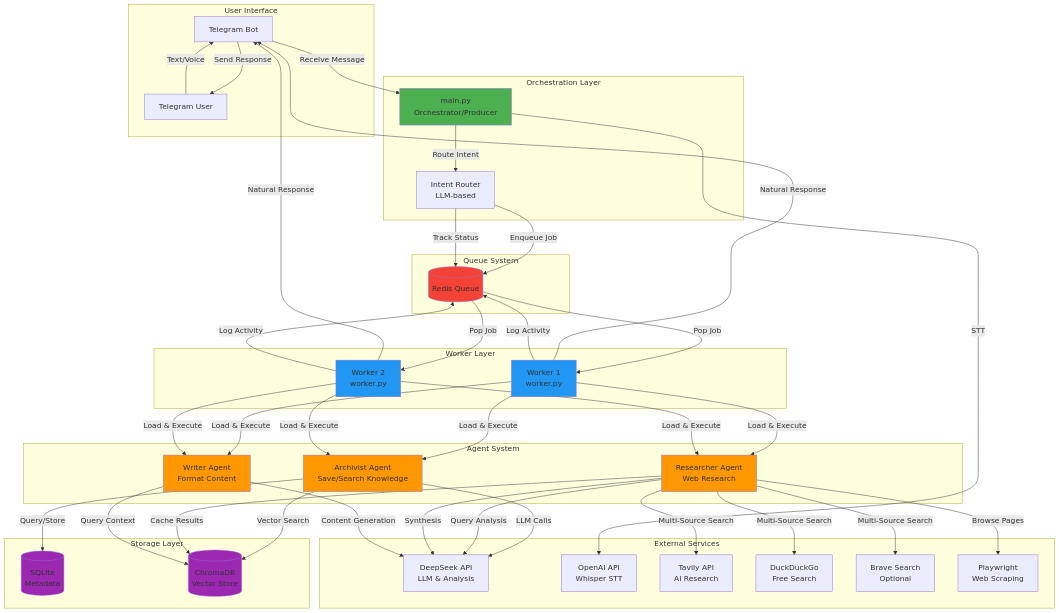
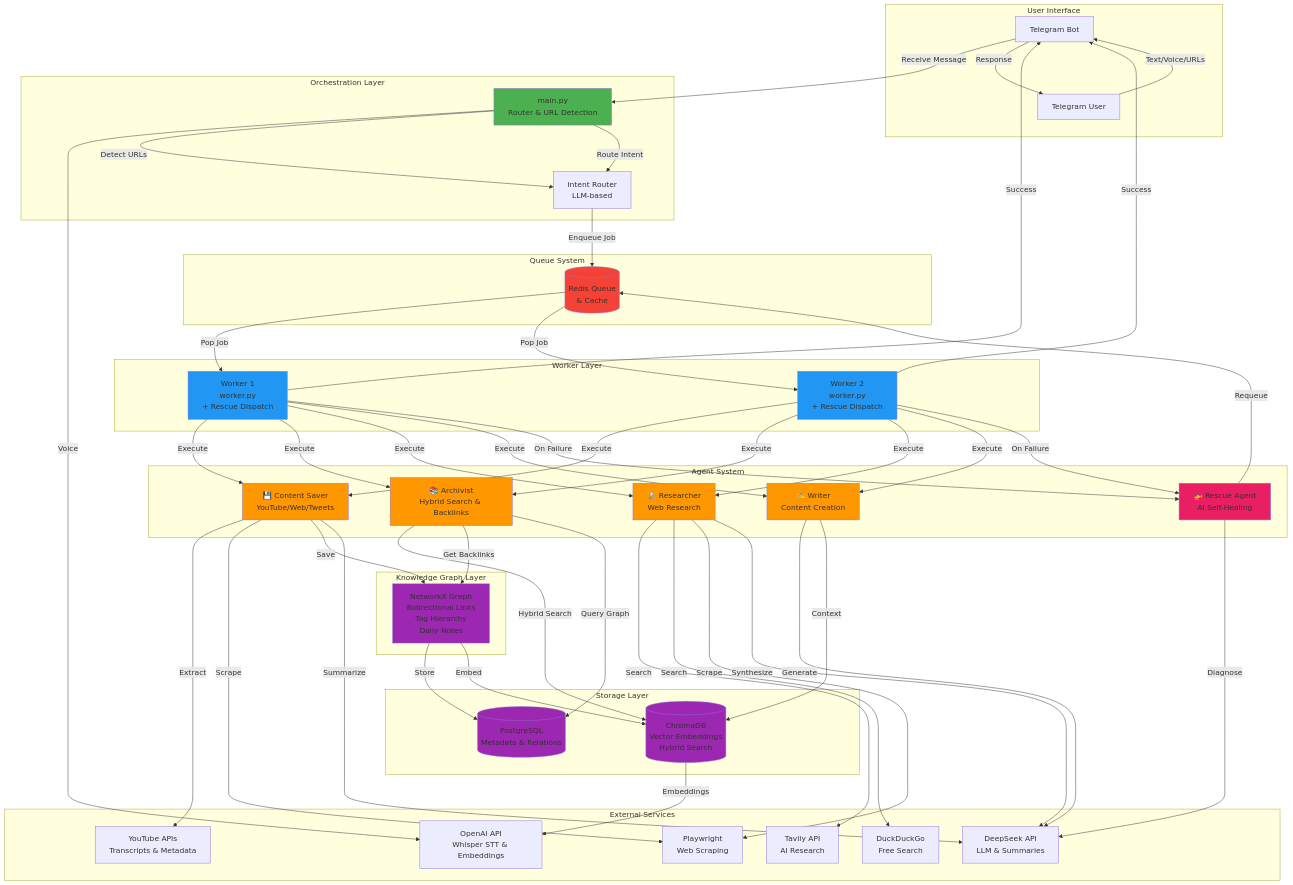
The first of 4 diagrams in README.md (mkierin/assistant-brain-os), drawn with Mermaid before and after one commit. The commit also changed other lines of this file, not shown here.

Commit message:
Update architecture diagrams to reflect v3.0 features
Updated README.md diagrams:

1. High-Level System Architecture:
   - Added Content Saver agent (YouTube/Web/Tweets)
   - Added Rescue Agent (self-healing)
   - Added Knowledge Graph layer (NetworkX)
   - Updated storage to show PostgreSQL + ChromaDB
   - Added YouTube APIs and content extraction
   - Shows rescue dispatch flow from workers
   - Color-coded agents with emojis

2. Process Management Architecture:
   - Shows rescue system in workers
   - Added PostgreSQL, NetworkX, ChromaDB
   - Shows graph persistence flow
   - Updated service dependencies

3. Technology Stack section:
   - Updated storage layer (PostgreSQL instead of SQLite)
   - Added NetworkX for knowledge graph
   - Added content extraction tools (youtube-transcript-api, yt-dlp)
   - Added hybrid search components (rank-bm25)
   - Updated infrastructure descriptions

Diagrams now accurately represent all v3.0 features including:
- Obsidian-style knowledge graph
- Hybrid & contextual search
- YouTube extraction
- Self-healing rescue system
- 5 specialized agents

````diff
--- a/README.md
+++ b/README.md
@@ -66,83 +66,106 @@
     end
 
     subgraph "Orchestration Layer"
-        MAIN[main.py<br/>Orchestrator/Producer]
+        MAIN[main.py<br/>Router & URL Detection]
         ROUTER[Intent Router<br/>LLM-based]
     end
 
     subgraph "Queue System"
-        REDIS[(Redis Queue)]
+        REDIS[(Redis Queue<br/>& Cache)]
     end
 
     subgraph "Worker Layer"
-        W1[Worker 1<br/>worker.py]
-        W2[Worker 2<br/>worker.py]
+        W1[Worker 1<br/>worker.py<br/>+ Rescue Dispatch]
+        W2[Worker 2<br/>worker.py<br/>+ Rescue Dispatch]
     end
 
     subgraph "Agent System"
-        ARCH[Archivist Agent<br/>Save/Search Knowledge]
-        RES[Researcher Agent<br/>Web Research]
-        WRI[Writer Agent<br/>Format Content]
+        CSAVER[💾 Content Saver<br/>YouTube/Web/Tweets]
+        ARCH[📚 Archivist<br/>Hybrid Search & Backlinks]
+        RES[🔬 Researcher<br/>Web Research]
+        WRI[✍️ Writer<br/>Content Creation]
+        RESCUE[🚁 Rescue Agent<br/>AI Self-Healing]
+    end
+
+    subgraph "Knowledge Graph Layer"
+        KG[NetworkX Graph<br/>Bidirectional Links<br/>Tag Hierarchy<br/>Daily Notes]
     end
 
     subgraph "Storage Layer"
-        SQLITE[(SQLite<br/>Metadata)]
-        CHROMA[(ChromaDB<br/>Vector Store)]
+        POSTGRES[(PostgreSQL<br/>Metadata & Relations)]
+        CHROMA[(ChromaDB<br/>Vector Embeddings<br/>Hybrid Search)]
     end
 
     subgraph "External Services"
-        DEEPSEEK[DeepSeek API<br/>LLM & Analysis]
-        OPENAI[OpenAI API<br/>Whisper STT]
+        DEEPSEEK[DeepSeek API<br/>LLM & Summaries]
+        OPENAI[OpenAI API<br/>Whisper STT & Embeddings]
         TAVILY[Tavily API<br/>AI Research]
         DDG[DuckDuckGo<br/>Free Search]
-        BRAVE[Brave Search<br/>Optional]
+        YT[YouTube APIs<br/>Transcripts & Metadata]
         PLAYWRIGHT[Playwright<br/>Web Scraping]
     end
 
-    TGU -->|Text/Voice| TG
+    TGU -->|Text/Voice/URLs| TG
     TG -->|Receive Message| MAIN
-    MAIN -->|STT| OPENAI
+    MAIN -->|Voice| OPENAI
+    MAIN -->|Detect URLs| ROUTER
     MAIN -->|Route Intent| ROUTER
     ROUTER -->|Enqueue Job| REDIS
-    ROUTER -->|Track Status| REDIS
 
     REDIS -->|Pop Job| W1
     REDIS -->|Pop Job| W2
 
-    W1 -->|Load & Execute| ARCH
-    W1 -->|Load & Execute| RES
-    W1 -->|Load & Execute| WRI
-    W2 -->|Load & Execute| ARCH
-    W2 -->|Load & Execute| RES
-    W2 -->|Load & Execute| WRI
+    W1 -->|Execute| CSAVER
+    W1 -->|Execute| ARCH
+    W1 -->|Execute| RES
+    W1 -->|Execute| WRI
+    W1 -->|On Failure| RESCUE
 
-    ARCH -->|Query/Store| SQLITE
-    ARCH -->|Vector Search| CHROMA
-    RES -->|Multi-Source Search| TAVILY
-    RES -->|Multi-Source Search| DDG
-    RES -->|Multi-Source Search| BRAVE
-    RES -->|Cache Results| CHROMA
-    RES -->|Browse Pages| PLAYWRIGHT
-    WRI -->|Query Context| CHROMA
+    W2 -->|Execute| CSAVER
+    W2 -->|Execute| ARCH
+    W2 -->|Execute| RES
+    W2 -->|Execute| WRI
+    W2 -->|On Failure| RESCUE
 
-    ARCH -->|LLM Calls| DEEPSEEK
-    RES -->|Query Analysis| DEEPSEEK
-    RES -->|Synthesis| DEEPSEEK
-    WRI -->|Content Generation| DEEPSEEK
+    CSAVER -->|Extract| YT
+    CSAVER -->|Scrape| PLAYWRIGHT
+    CSAVER -->|Save| KG
+    CSAVER -->|Summarize| DEEPSEEK
 
-    W1 -->|Natural Response| TG
-    W2 -->|Natural Response| TG
-    W1 -->|Log Activity| REDIS
-    W2 -->|Log Activity| REDIS
-    TG -->|Send Response| TGU
+    ARCH -->|Hybrid Search| CHROMA
+    ARCH -->|Get Backlinks| KG
+    ARCH -->|Query Graph| POSTGRES
+
+    RES -->|Search| TAVILY
+    RES -->|Search| DDG
+    RES -->|Scrape| PLAYWRIGHT
+    RES -->|Synthesize| DEEPSEEK
+
+    WRI -->|Generate| DEEPSEEK
+    WRI -->|Context| CHROMA
+
+    RESCUE -->|Diagnose| DEEPSEEK
+    RESCUE -->|Requeue| REDIS
+
+    KG -->|Store| POSTGRES
+    KG -->|Embed| CHROMA
+
+    CHROMA -->|Embeddings| OPENAI
+
+    W1 -->|Success| TG
+    W2 -->|Success| TG
+    TG -->|Response| TGU
 
     style MAIN fill:#4CAF50
     style W1 fill:#2196F3
     style W2 fill:#2196F3
+    style CSAVER fill:#FF9800
     style ARCH fill:#FF9800
     style RES fill:#FF9800
     style WRI fill:#FF9800
+    style RESCUE fill:#E91E63
+    style KG fill:#9C27B0
     style REDIS fill:#F44336
-    style SQLITE fill:#9C27B0
+    style POSTGRES fill:#9C27B0
     style CHROMA fill:#9C27B0
 ```
````
